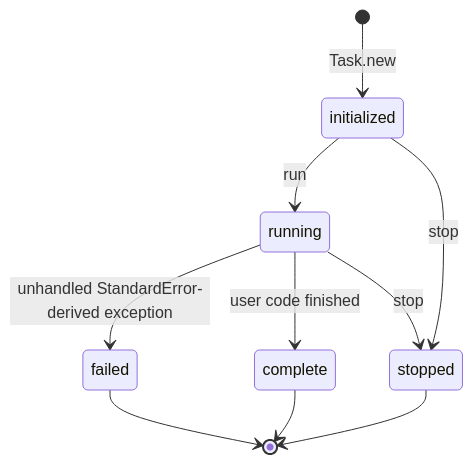
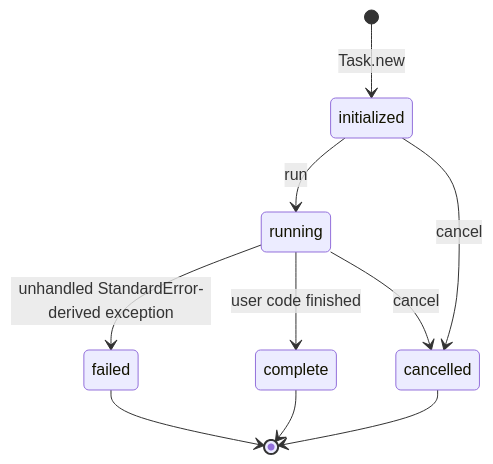
Before and after one commit to socketry/async: the second of 3 diagrams in guides/tasks/readme.md, drawn with Mermaid. The commit also changed other lines of this file and 14 other files, not shown here.

First line of the commit message:
Rename `Stop` -> `Cancel` and related interfaces. (#447)

````diff
--- a/guides/tasks/readme.md
+++ b/guides/tasks/readme.md
@@ -36,15 +36,15 @@
 ```mermaid
 stateDiagram-v2
     [*] --> initialized : Task.new
     initialized --> running : run
     
     running --> failed : unhandled StandardError-derived exception
     running --> complete : user code finished
-    running --> stopped : stop
+    running --> cancelled : cancel
 
-    initialized --> stopped : stop
+    initialized --> cancelled : cancel
     
     failed --> [*]
     complete --> [*]
-    stopped --> [*]
+    cancelled --> [*]
 ```
````
